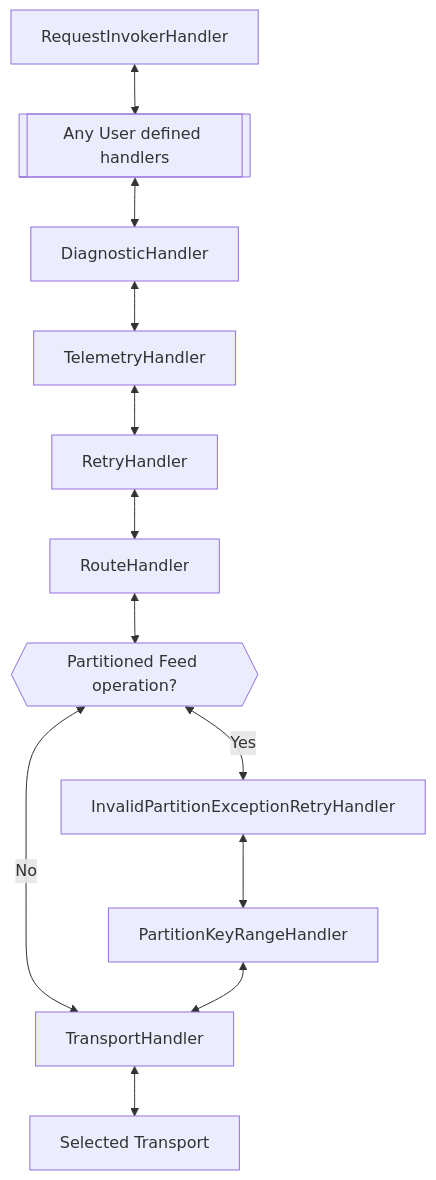
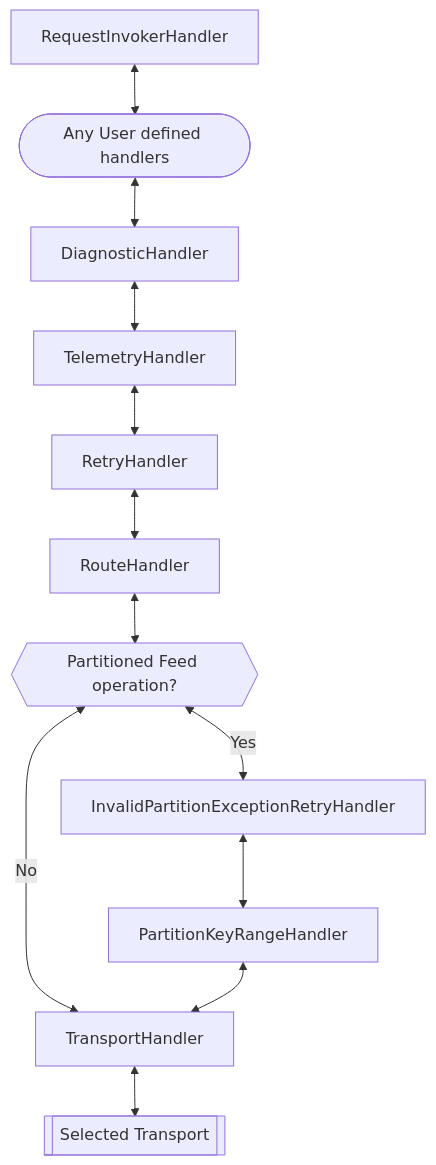
Before and after one commit to Azure/azure-cosmos-dotnet-v3: the second of 3 diagrams in docs/SdkDesign.md, drawn with Mermaid.

Commit message:
flowchart changes

````diff
--- a/docs/SdkDesign.md
+++ b/docs/SdkDesign.md
@@ -26,14 +26,14 @@
 ```mermaid
 flowchart
-    RequestInvokerHandler <--> UserHandlers[[Any User defined handlers]]
+    RequestInvokerHandler <--> UserHandlers([Any User defined handlers])
     UserHandlers <--> DiagnosticHandler
     DiagnosticHandler <--> TelemetryHandler
     TelemetryHandler <--> RetryHandler
     RetryHandler <--> RouteHandler
     RouteHandler <--> IsPartitionedFeedOperation{{Partitioned Feed operation?}}
     IsPartitionedFeedOperation <-- No --> TransportHandler
     IsPartitionedFeedOperation <-- Yes --> InvalidPartitionExceptionRetryHandler
     InvalidPartitionExceptionRetryHandler <--> PartitionKeyRangeHandler
     PartitionKeyRangeHandler <--> TransportHandler
-    TransportHandler <--> TransportClient[Selected Transport]
+    TransportHandler <--> TransportClient[[Selected Transport]]
 ```
````
